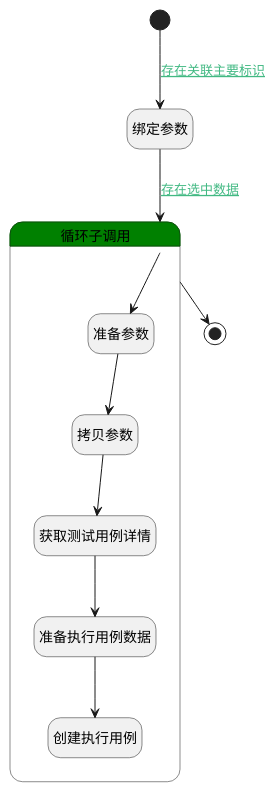
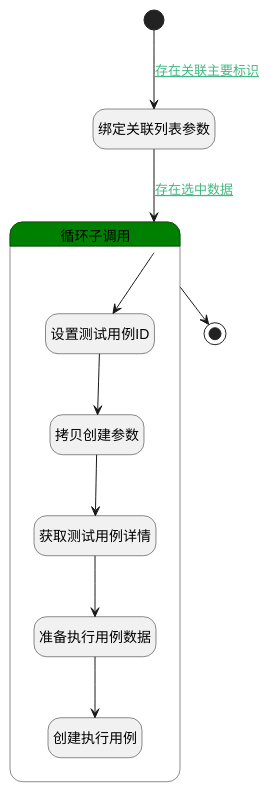
Before and after one commit to iBizLab/plm: the diagram in doc/docsify/module/TestMgmt/run/logic/program_plan.md, drawn with PlantUML. The commit also changed other lines of this file and 1778 other files, not shown here.

````diff
--- a/doc/docsify/module/TestMgmt/run/logic/program_plan.md
+++ b/doc/docsify/module/TestMgmt/run/logic/program_plan.md
@@ -7,34 +7,34 @@
 ```plantuml
 @startuml
 hide empty description
 <style>
 root {
   HyperlinkColor #42b983
 }
 </style>
 
 hide empty description
 state "开始" as Begin <<start>> [[$./program_plan#begin {"开始"}]]
-state "绑定参数" as BINDPARAM1  [[$./program_plan#bindparam1 {"绑定参数"}]]
+state "绑定关联列表参数" as BINDPARAM1  [[$./program_plan#bindparam1 {"绑定关联列表参数"}]]
 state "结束" as END1 <<end>> [[$./program_plan#end1 {"结束"}]]
 state "循环子调用" as LOOPSUBCALL1  [[$./program_plan#loopsubcall1 {"循环子调用"}]] #green {
-state "准备参数" as PREPAREPARAM3  [[$./program_plan#prepareparam3 {"准备参数"}]]
-state "拷贝参数" as COPYPARAM1  [[$./program_plan#copyparam1 {"拷贝参数"}]]
+state "设置测试用例ID" as PREPAREPARAM3  [[$./program_plan#prepareparam3 {"设置测试用例ID"}]]
+state "拷贝创建参数" as COPYPARAM1  [[$./program_plan#copyparam1 {"拷贝创建参数"}]]
 state "获取测试用例详情" as DEACTION2  [[$./program_plan#deaction2 {"获取测试用例详情"}]]
 state "准备执行用例数据" as PREPAREPARAM2  [[$./program_plan#prepareparam2 {"准备执行用例数据"}]]
 state "创建执行用例" as DEACTION1  [[$./program_plan#deaction1 {"创建执行用例"}]]
 }
 
 
 Begin --> BINDPARAM1 : [[$./program_plan#begin-bindparam1{存在关联主要标识} 存在关联主要标识]]
 BINDPARAM1 --> LOOPSUBCALL1 : [[$./program_plan#bindparam1-loopsubcall1{存在选中数据} 存在选中数据]]
 LOOPSUBCALL1 --> END1
 LOOPSUBCALL1 --> PREPAREPARAM3
 PREPAREPARAM3 --> COPYPARAM1
 COPYPARAM1 --> DEACTION2
 DEACTION2 --> PREPAREPARAM2
 PREPAREPARAM2 --> DEACTION1
 
 
 @enduml
 ```
````
